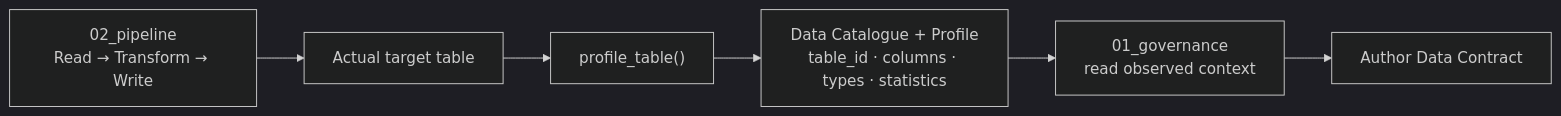
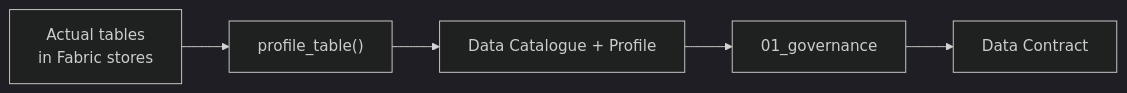
Before and after one commit to Voycepeh/FabricOps-Starter-Kit: the third of 5 diagrams in docs/how-fabricops-works.md, drawn with Mermaid (dark theme). The commit also changed other lines of this file, not shown here.

Commit message:
Simplify governance catalogue handoff

````diff
--- a/docs/how-fabricops-works.md
+++ b/docs/how-fabricops-works.md
@@ -160,8 +160,7 @@
 ```mermaid
 flowchart LR
-    ENG["02_pipeline<br/>Read → Transform → Write"] --> TABLE["Actual target table"]
-    TABLE --> PROFILE["profile_table()"]
-    PROFILE --> CONTEXT["Data Catalogue + Profile<br/>table_id · columns · types · statistics"]
-    CONTEXT --> GOV["01_governance<br/>read observed context"]
-    GOV --> CONTRACT["Author Data Contract"]
+    TABLES["Actual tables<br/>in Fabric stores"] --> PROFILE["profile_table()"]
+    PROFILE --> CATALOGUE["Data Catalogue + Profile"]
+    CATALOGUE --> GOV["01_governance"]
+    GOV --> CONTRACT["Data Contract"]
 ```
````
